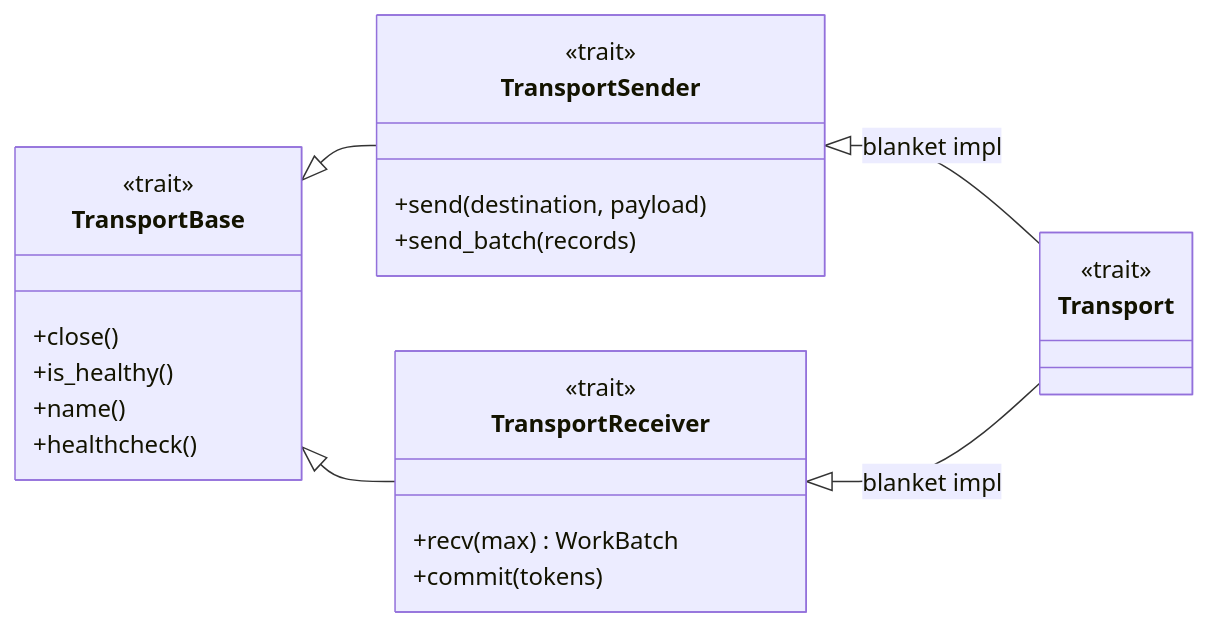
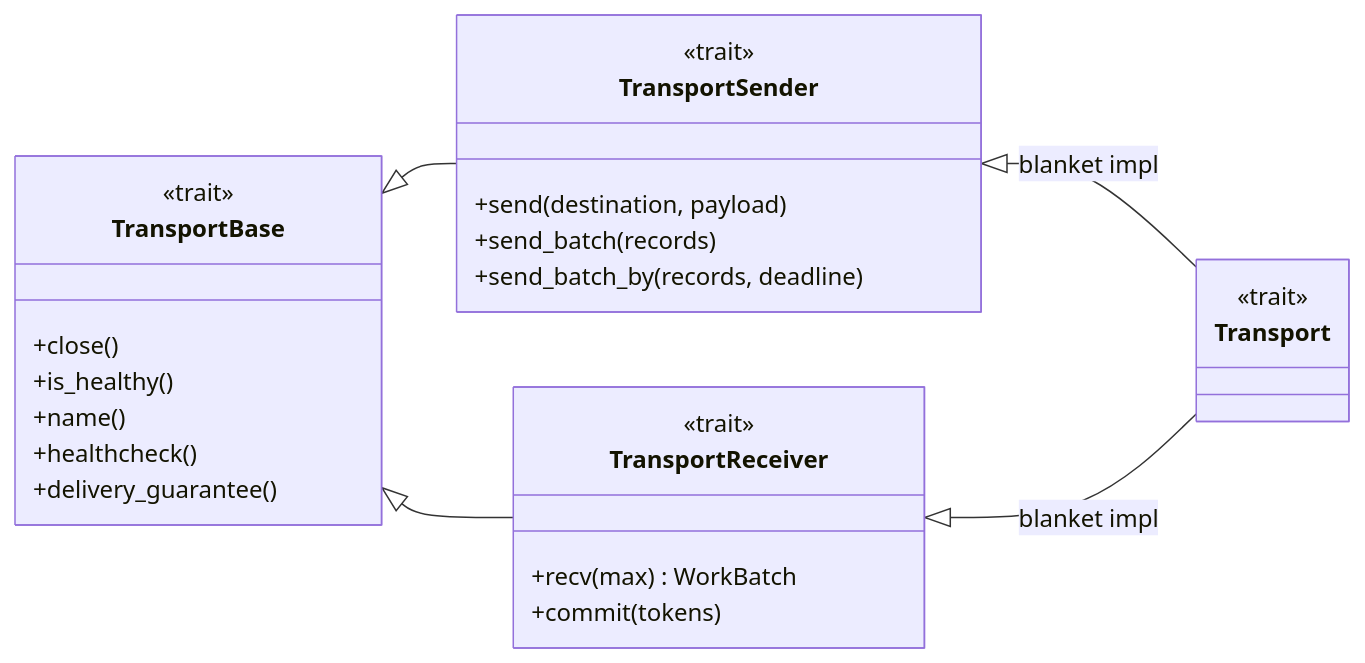
One commit to hyperi-io/scalo-rs changed the diagram in docs/transport/README.md. Above: the diagram before and after it, drawn with Mermaid. The commit also changed other lines of this file and 36 other files, not shown here.

First line of the commit message:
fix(transport): add senders and check delivery

````diff
--- a/docs/transport/README.md
+++ b/docs/transport/README.md
@@ -16,30 +16,32 @@
 ```mermaid
 classDiagram
     direction LR
     accTitle: L4 Detail -- Transport traits
-    accDescr: TransportSender and TransportReceiver each extend TransportBase, which carries close, is_healthy, name and healthcheck. Transport extends both through a blanket impl.
+    accDescr: TransportSender and TransportReceiver each extend TransportBase, which carries close, is_healthy, name, healthcheck and delivery_guarantee. Transport extends both through a blanket impl.
     class TransportBase {
         <<trait>>
         +close()
         +is_healthy()
         +name()
         +healthcheck()
+        +delivery_guarantee()
     }
     class TransportSender {
         <<trait>>
         +send(destination, payload)
         +send_batch(records)
+        +send_batch_by(records, deadline)
     }
     class TransportReceiver {
         <<trait>>
         +recv(max) WorkBatch
         +commit(tokens)
     }
     class Transport {
         <<trait>>
     }
     TransportBase <|-- TransportSender
     TransportBase <|-- TransportReceiver
     TransportSender <|-- Transport : blanket impl
     TransportReceiver <|-- Transport : blanket impl
 ```
````
